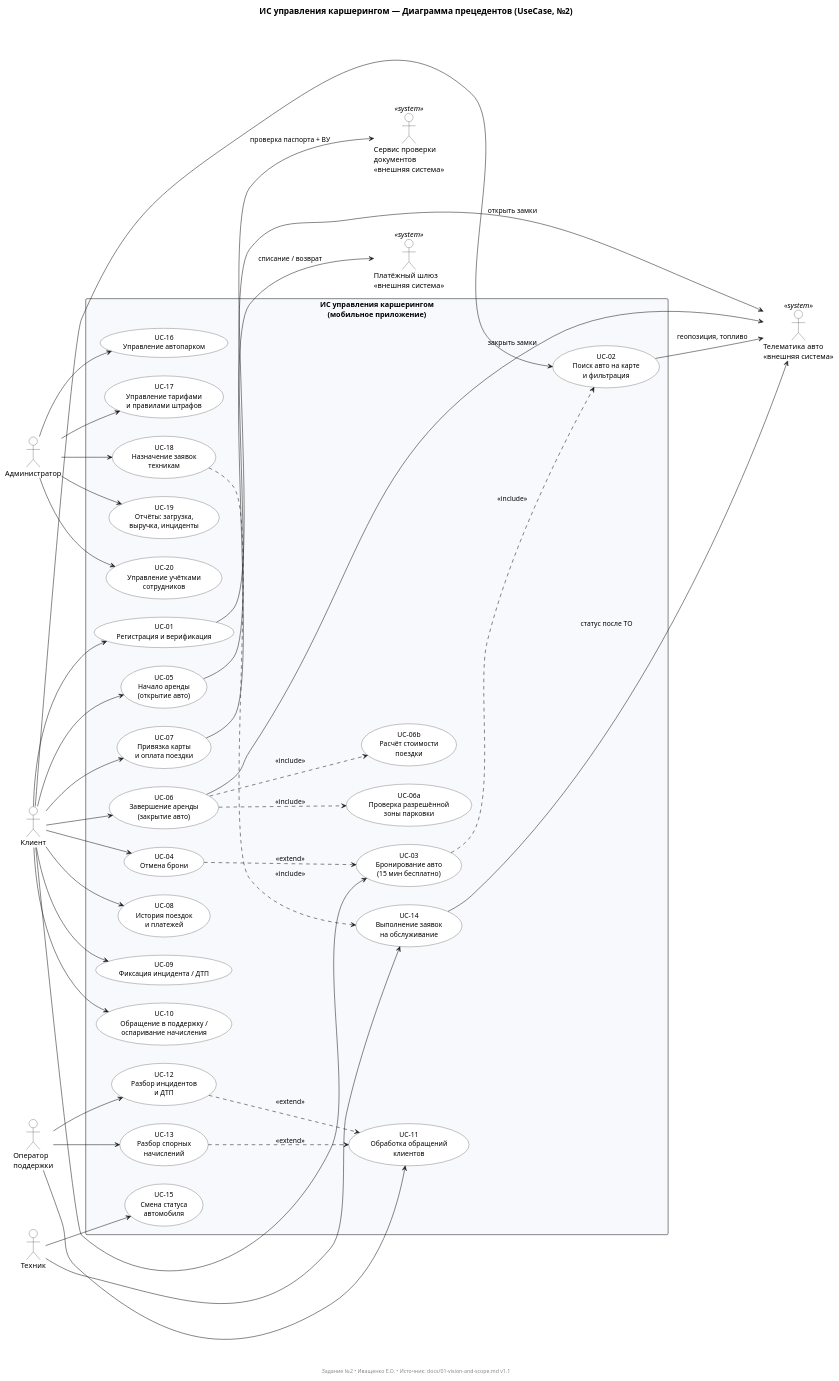
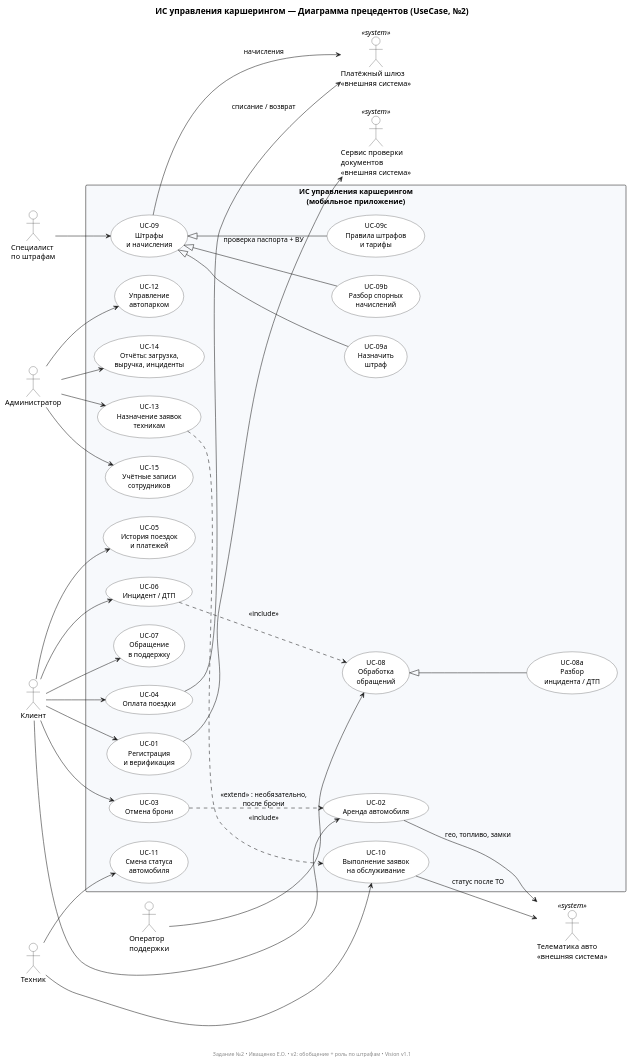
One commit to AlexanderBobrenko/carsharing-is changed the diagram in docs/02-usecase-diagram/usecase.puml. Above: the diagram before and after it, drawn with PlantUML. The commit also changed 2 other files, not shown here.

Commit message:
task-02: v2 диаграммы прецедентов
- отдельная роль «Специалист по штрафам»
- компактнее: обобщение UC-08a/UC-09a-c, актор связан с общим UC
- отмена брони — отдельный extend, необязательна после брони
- из прецедентов убрано время 15 минут (перенесено в бизнес-правила)
- README обновлён под v2

```diff
--- a/docs/02-usecase-diagram/usecase.puml
+++ b/docs/02-usecase-diagram/usecase.puml
@@ -1,109 +1,116 @@
 @startuml carsharing-usecase
 ' ============================================================
 ' ИС управления сервисом каршеринга — Диаграмма прецедентов
 ' Задание №2, ответственный: Иващенко Е.О. (ПИ-б-о-241)
+' Версия 2: компактная (обобщение), отдельная роль по штрафам,
+'          отмена брони — отдельный необязательный UC
 ' Источник: docs/01-vision-and-scope.md v1.1
 ' ============================================================
 title ИС управления каршерингом — Диаграмма прецедентов (UseCase, №2)
 
 left to right direction
 skinparam packageStyle rectangle
 skinparam usecase {
   BackgroundColor white
   BorderColor #1a1a1a
   ArrowColor #1a1a1a
   FontSize 13
 }
 skinparam actor {
   BackgroundColor white
   BorderColor #1a1a1a
   ArrowColor #333333
   FontSize 14
 }
 skinparam rectangle {
   BackgroundColor #f7f9fc
   BorderColor #1a1a1a
 }
 skinparam title {
   FontSize 16
   FontStyle bold
 }
 
 ' ---------- Акторы ----------
 actor "Клиент" as A_Client
 actor "Оператор\nподдержки" as A_Operator
+actor "Специалист\nпо штрафам" as A_Fines
 actor "Техник" as A_Tech
 actor "Администратор" as A_Admin
+actor "Сервис проверки\nдокументов\n<<внешняя система>>" as E_Docs << system >>
 actor "Платёжный шлюз\n<<внешняя система>>" as E_Pay << system >>
 actor "Телематика авто\n<<внешняя система>>" as E_Tele << system >>
-actor "Сервис проверки\nдокументов\n<<внешняя система>>" as E_Docs << system >>
 
 ' ---------- Граница системы ----------
 rectangle "ИС управления каршерингом\n(мобильное приложение)" {
-  usecase "UC-01\nРегистрация и верификация" as UC01
-  usecase "UC-02\nПоиск авто на карте\nи фильтрация" as UC02
-  usecase "UC-03\nБронирование авто\n(15 мин бесплатно)" as UC03
-  usecase "UC-04\nОтмена брони" as UC04
-  usecase "UC-05\nНачало аренды\n(открытие авто)" as UC05
-  usecase "UC-06\nЗавершение аренды\n(закрытие авто)" as UC06
-  usecase "UC-06a\nПроверка разрешённой\nзоны парковки" as UC06a
-  usecase "UC-06b\nРасчёт стоимости\nпоездки" as UC06b
-  usecase "UC-07\nПривязка карты\nи оплата поездки" as UC07
-  usecase "UC-08\nИстория поездок\nи платежей" as UC08
-  usecase "UC-09\nФиксация инцидента / ДТП" as UC09
-  usecase "UC-10\nОбращение в поддержку /\nоспаривание начисления" as UC10
-  usecase "UC-11\nОбработка обращений\nклиентов" as UC11
-  usecase "UC-12\nРазбор инцидентов\nи ДТП" as UC12
-  usecase "UC-13\nРазбор спорных\nначислений" as UC13
-  usecase "UC-14\nВыполнение заявок\nна обслуживание" as UC14
-  usecase "UC-15\nСмена статуса\nавтомобиля" as UC15
-  usecase "UC-16\nУправление автопарком" as UC16
-  usecase "UC-17\nУправление тарифами\nи правилами штрафов" as UC17
-  usecase "UC-18\nНазначение заявок\nтехникам" as UC18
-  usecase "UC-19\nОтчёты: загрузка,\nвыручка, инциденты" as UC19
-  usecase "UC-20\nУправление учётками\nсотрудников" as UC20
+
+  ' === Клиент ===
+  usecase "UC-01\nРегистрация\nи верификация" as UC01
+  usecase "UC-02\nАренда автомобиля" as UC02
+  usecase "UC-03\nОтмена брони" as UC03
+  usecase "UC-04\nОплата поездки" as UC04
+  usecase "UC-05\nИстория поездок\nи платежей" as UC05
+  usecase "UC-06\nИнцидент / ДТП" as UC06
+  usecase "UC-07\nОбращение\nв поддержку" as UC07
+
+  ' === Оператор поддержки ===
+  usecase "UC-08\nОбработка\nобращений" as UC08
+  usecase "UC-08a\nРазбор\nинцидента / ДТП" as UC08a
+
+  ' === Специалист по штрафам ===
+  usecase "UC-09\nШтрафы\nи начисления" as UC09
+  usecase "UC-09a\nНазначить\nштраф" as UC09a
+  usecase "UC-09b\nРазбор спорных\nначислений" as UC09b
+  usecase "UC-09c\nПравила штрафов\nи тарифы" as UC09c
+
+  ' === Техник ===
+  usecase "UC-10\nВыполнение заявок\nна обслуживание" as UC10
+  usecase "UC-11\nСмена статуса\nавтомобиля" as UC11
+
+  ' === Администратор ===
+  usecase "UC-12\nУправление\nавтопарком" as UC12
+  usecase "UC-13\nНазначение заявок\nтехникам" as UC13
+  usecase "UC-14\nОтчёты: загрузка,\nвыручка, инциденты" as UC14
+  usecase "UC-15\nУчётные записи\nсотрудников" as UC15
 }
 
 ' ---------- Связи: Клиент ----------
 A_Client --> UC01
 A_Client --> UC02
 A_Client --> UC03
 A_Client --> UC04
 A_Client --> UC05
 A_Client --> UC06
 A_Client --> UC07
-A_Client --> UC08
-A_Client --> UC09
-A_Client --> UC10
 
 ' ---------- Связи: сотрудники ----------
-A_Operator --> UC11
-A_Operator --> UC12
-A_Operator --> UC13
-A_Tech --> UC14
-A_Tech --> UC15
-A_Admin --> UC16
-A_Admin --> UC17
-A_Admin --> UC18
-A_Admin --> UC19
-A_Admin --> UC20
+' Актор связан с общим прецедентом; частные — через обобщение
+A_Operator --> UC08
+A_Fines --> UC09
+A_Tech --> UC10
+A_Tech --> UC11
+A_Admin --> UC12
+A_Admin --> UC13
+A_Admin --> UC14
+A_Admin --> UC15
+
+' ---------- Обобщение: частные прецеденты — вид общего ----------
+UC08a -up-|> UC08
+UC09a -up-|> UC09
+UC09b -up-|> UC09
+UC09c -up-|> UC09
+
+' ---------- include / extend ----------
+UC03 ..> UC02 : <<extend>> : необязательно,\nпосле брони
+UC06 ..> UC08 : <<include>>
+UC13 ..> UC10 : <<include>>
 
 ' ---------- Внешние системы ----------
 UC01 --> E_Docs : проверка паспорта + ВУ
-UC02 --> E_Tele : геопозиция, топливо
-UC05 --> E_Tele : открыть замки
-UC06 --> E_Tele : закрыть замки
-UC07 --> E_Pay : списание / возврат
-UC14 --> E_Tele : статус после ТО
+UC02 --> E_Tele : гео, топливо, замки
+UC04 --> E_Pay : списание / возврат
+UC09 --> E_Pay : начисления
+UC10 --> E_Tele : статус после ТО
 
-' ---------- include / extend ----------
-UC03 ..> UC02 : <<include>>
-UC04 ..> UC03 : <<extend>>
-UC06 ..> UC06a : <<include>>
-UC06 ..> UC06b : <<include>>
-UC12 ..> UC11 : <<extend>>
-UC13 ..> UC11 : <<extend>>
-UC18 ..> UC14 : <<include>>
-
-footer Задание №2 • Иващенко Е.О. • Источник: docs/01-vision-and-scope.md v1.1
+footer Задание №2 • Иващенко Е.О. • v2: обобщение + роль по штрафам • Vision v1.1
 @enduml
```
